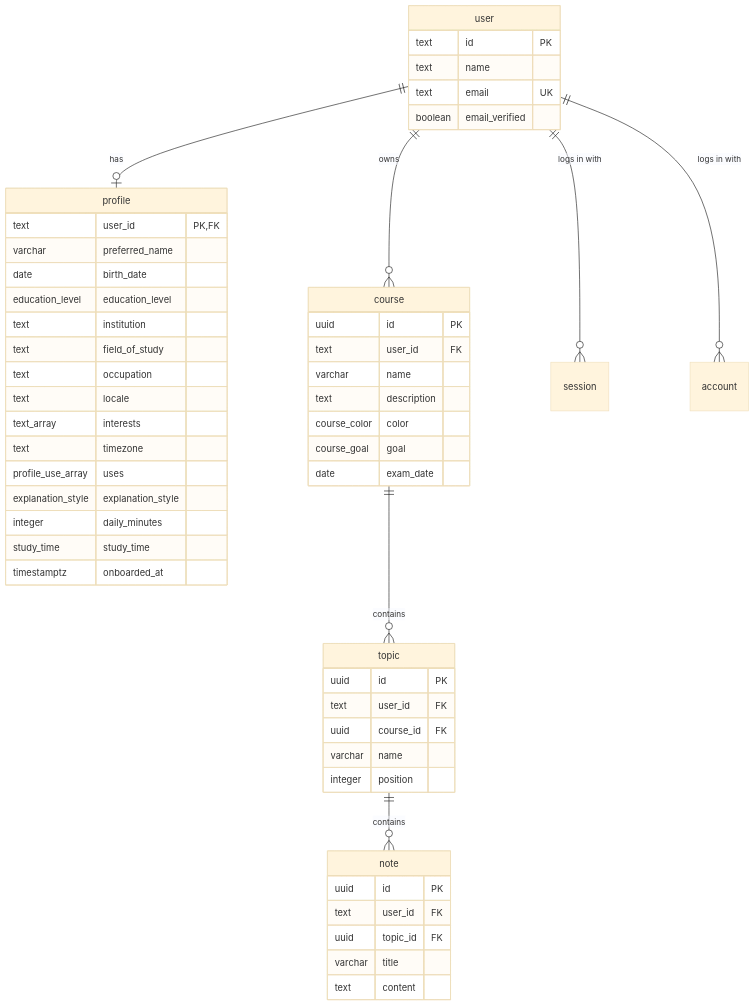
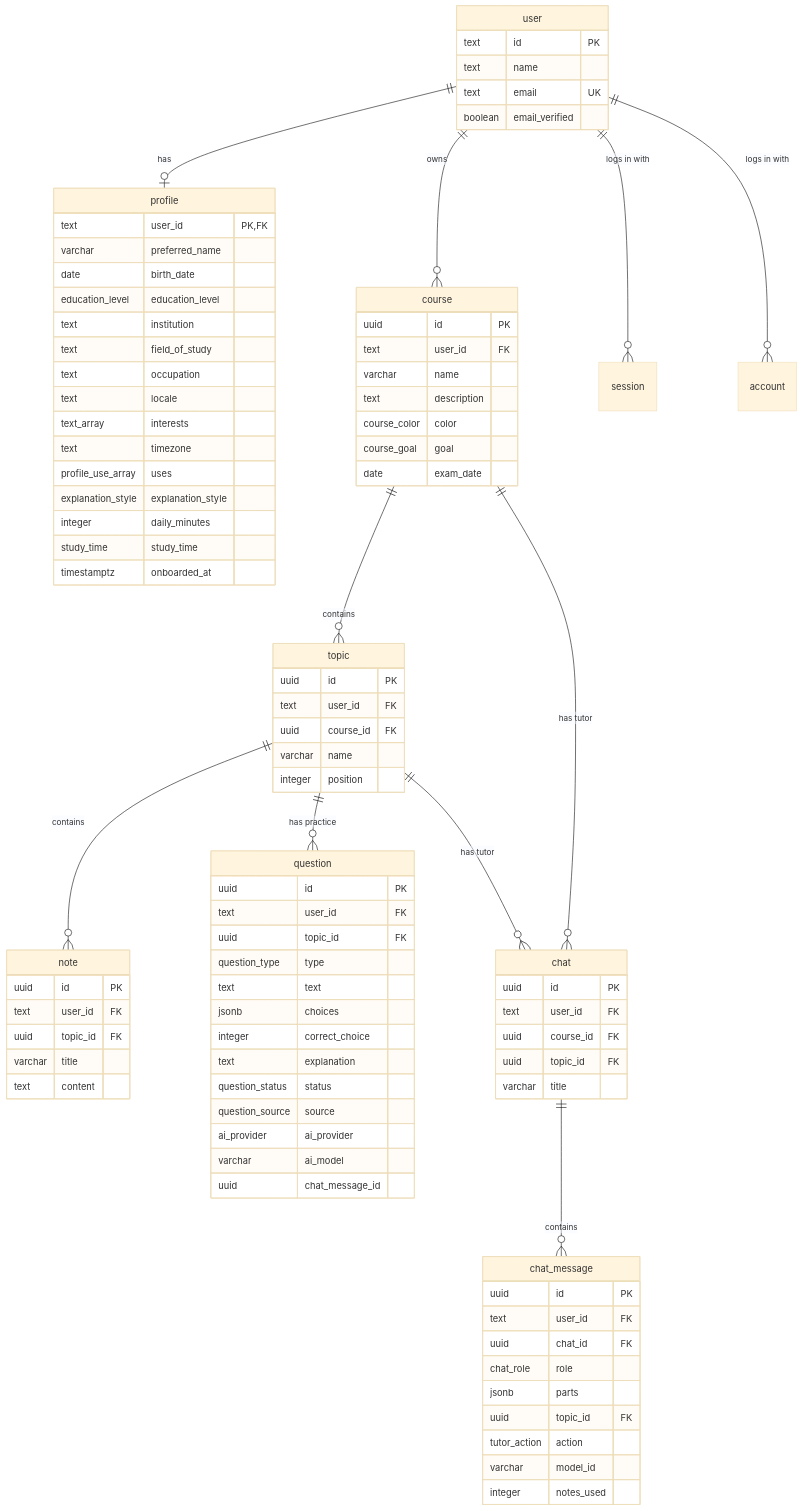
One commit to fyernald/orbi changed the diagram in docs/database.md. Above: the diagram before and after it, drawn with Mermaid (base theme). The commit also changed other lines of this file and 20 other files, not shown here.

Commit message:
feat: add the ai model catalog and the tutor tables (#71)

````diff
--- a/docs/database.md
+++ b/docs/database.md
@@ -10,6 +10,10 @@
     user ||--o{ course : owns
     course ||--o{ topic : contains
     topic ||--o{ note : contains
+    topic ||--o{ question : "has practice"
+    course ||--o{ chat : "has tutor"
+    topic ||--o{ chat : "has tutor"
+    chat ||--o{ chat_message : contains
     user ||--o{ session : "logs in with"
     user ||--o{ account : "logs in with"
 
@@ -59,4 +63,37 @@
         varchar title
         text content
     }
+    chat {
+        uuid id PK
+        text user_id FK
+        uuid course_id FK
+        uuid topic_id FK
+        varchar title
+    }
+    chat_message {
+        uuid id PK
+        text user_id FK
+        uuid chat_id FK
+        chat_role role
+        jsonb parts
+        uuid topic_id FK
+        tutor_action action
+        varchar model_id
+        integer notes_used
+    }
+    question {
+        uuid id PK
+        text user_id FK
+        uuid topic_id FK
+        question_type type
+        text text
+        jsonb choices
+        integer correct_choice
+        text explanation
+        question_status status
+        question_source source
+        ai_provider ai_provider
+        varchar ai_model
+        uuid chat_message_id
+    }
 ```
````
